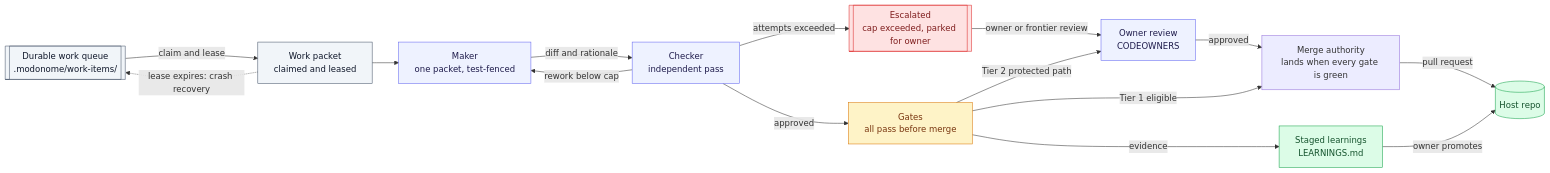
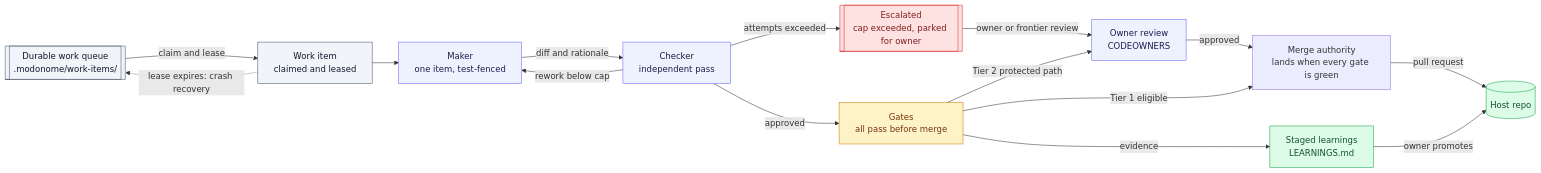
Before and after one commit to enumind/modonome: the second of 6 diagrams in ARCHITECTURE.md, drawn with Mermaid. The commit also changed other lines of this file and 13 other files, not shown here.

````diff
--- a/ARCHITECTURE.md
+++ b/ARCHITECTURE.md
@@ -144,40 +144,40 @@
 ```mermaid
 flowchart LR
   classDef queue fill:#f1f5f9,stroke:#475569,color:#0f172a;
   classDef role fill:#eef2ff,stroke:#6366f1,color:#1e1b4b;
   classDef gate fill:#fef3c7,stroke:#d97706,color:#78350f;
   classDef sink fill:#dcfce7,stroke:#16a34a,color:#14532d;
   classDef stop fill:#fee2e2,stroke:#dc2626,color:#7f1d1d;
 
   queue[["Durable work queue<br/>.modonome/work-items/"]]
-  packet["Work packet<br/>claimed and leased"]
-  maker["Maker<br/>one packet, test-fenced"]
+  item["Work item<br/>claimed and leased"]
+  maker["Maker<br/>one item, test-fenced"]
   checker["Checker<br/>independent pass"]
   gates["Gates<br/>all pass before merge"]
   owner["Owner review<br/>CODEOWNERS"]
   merge["Merge authority<br/>lands when every gate is green"]
   repo[("Host repo")]
   learn["Staged learnings<br/>LEARNINGS.md"]
   escalated[["Escalated<br/>cap exceeded, parked for owner"]]
 
-  queue -->|claim and lease| packet
-  packet --> maker
-  packet -.->|lease expires: crash recovery| queue
+  queue -->|claim and lease| item
+  item --> maker
+  item -.->|lease expires: crash recovery| queue
   maker -->|diff and rationale| checker
   checker -->|rework below cap| maker
   checker -->|attempts exceeded| escalated
   checker -->|approved| gates
   gates -->|Tier 2 protected path| owner
   gates -->|Tier 1 eligible| merge
   owner -->|approved| merge
   escalated -->|owner or frontier review| owner
   merge -->|pull request| repo
   gates -->|evidence| learn
   learn -->|owner promotes| repo
 
-  class queue,packet queue
+  class queue,item queue
   class maker,checker,owner role
   class gates gate
   class repo,learn sink
   class escalated stop
 ```
````
